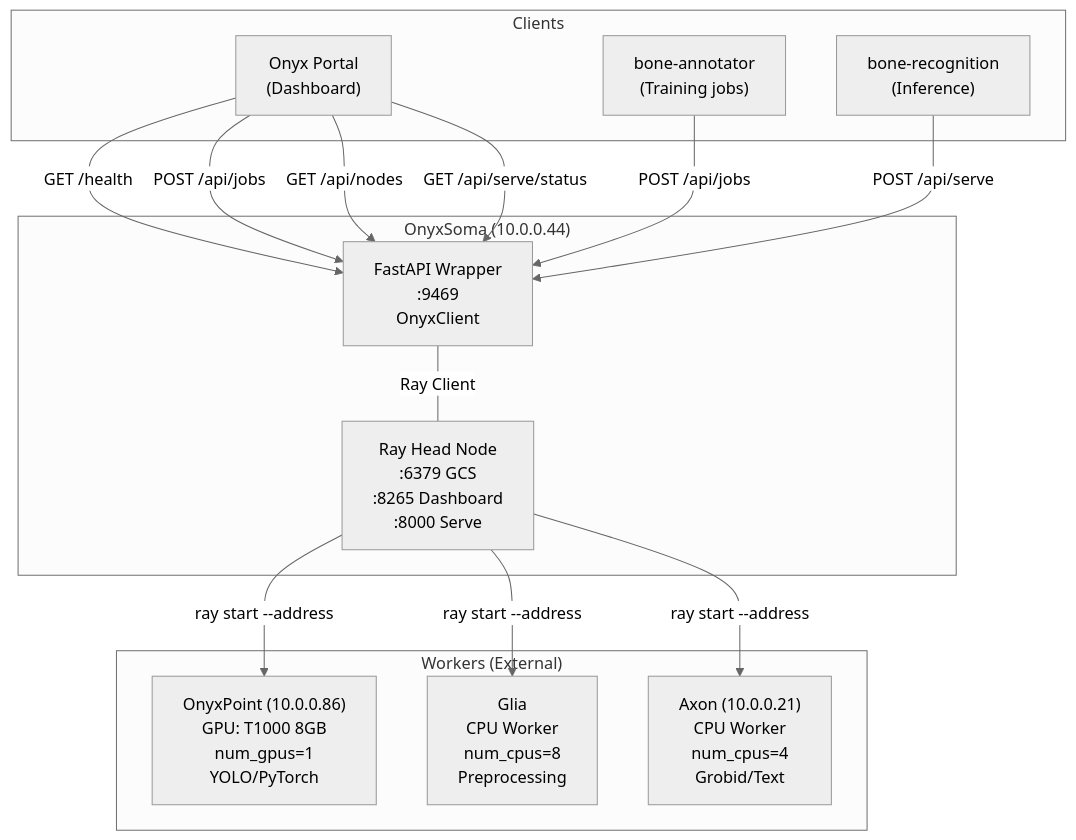
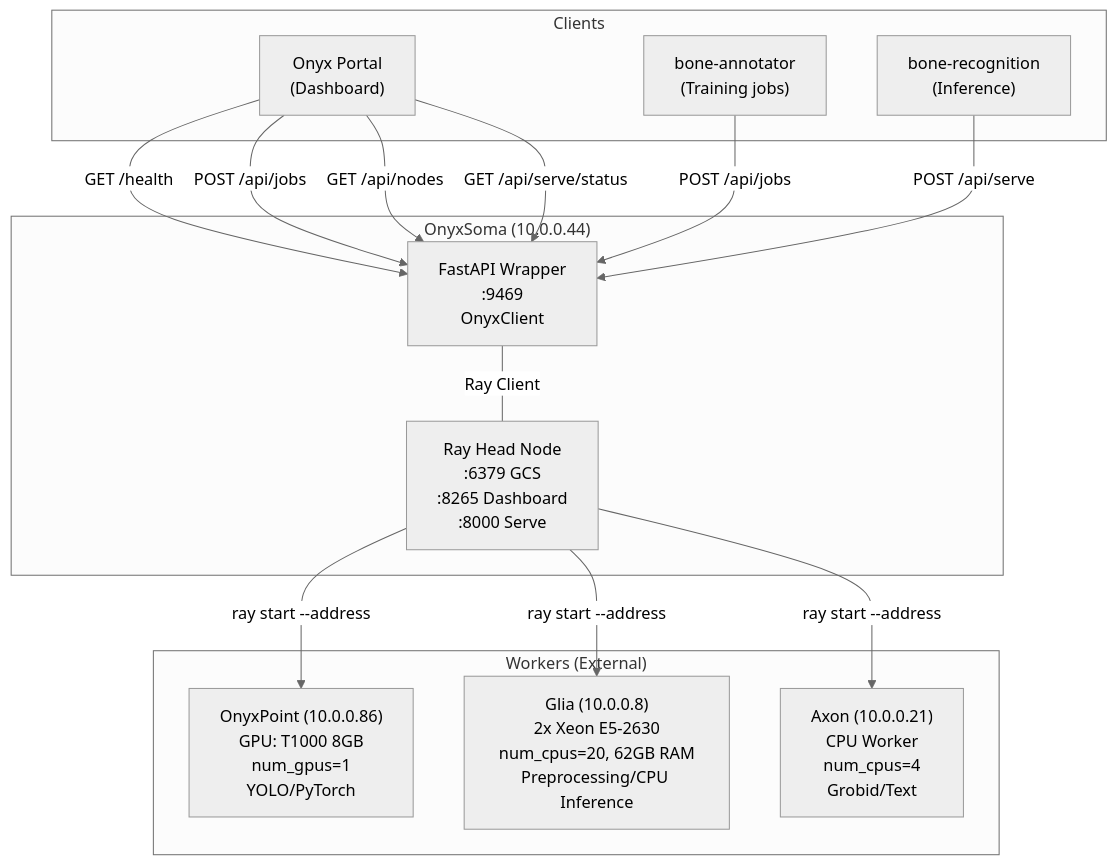
One commit to VersoVet/ml-compute changed the first of 3 diagrams in DIAGRAM.md. Above: the diagram before and after it, drawn with Mermaid (neutral theme). The commit also changed 7 other files, not shown here.

````diff
--- a/DIAGRAM.md
+++ b/DIAGRAM.md
@@ -5,31 +5,31 @@
 ```mermaid
 graph TB
     subgraph Soma["OnyxSoma (10.0.0.44)"]
         API["FastAPI Wrapper<br/>:9469<br/>OnyxClient"]
         RayHead["Ray Head Node<br/>:6379 GCS<br/>:8265 Dashboard<br/>:8000 Serve"]
         API ---|Ray Client| RayHead
     end
 
     subgraph Workers["Workers (External)"]
         OP["OnyxPoint (10.0.0.86)<br/>GPU: T1000 8GB<br/>num_gpus=1<br/>YOLO/PyTorch"]
-        Glia["Glia<br/>CPU Worker<br/>num_cpus=8<br/>Preprocessing"]
+        Glia["Glia (10.0.0.8)<br/>2x Xeon E5-2630<br/>num_cpus=20, 62GB RAM<br/>Preprocessing/CPU Inference"]
         Axon["Axon (10.0.0.21)<br/>CPU Worker<br/>num_cpus=4<br/>Grobid/Text"]
     end
 
     RayHead -->|ray start --address| OP
     RayHead -->|ray start --address| Glia
     RayHead -->|ray start --address| Axon
 
     subgraph Client["Clients"]
         Portal["Onyx Portal<br/>(Dashboard)"]
         BoneML["bone-annotator<br/>(Training jobs)"]
         BoneRec["bone-recognition<br/>(Inference)"]
     end
 
     Portal -->|GET /health| API
     Portal -->|POST /api/jobs| API
     Portal -->|GET /api/nodes| API
     BoneML -->|POST /api/jobs| API
     BoneRec -->|POST /api/serve| API
     Portal -->|GET /api/serve/status| API
 ```
````
